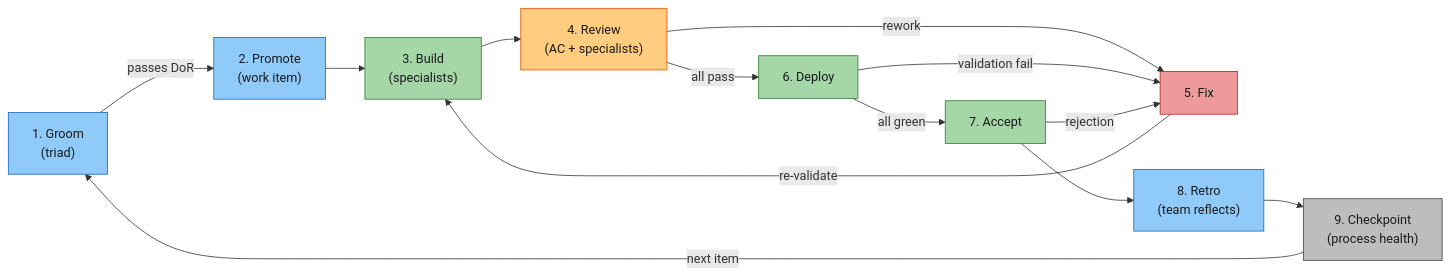
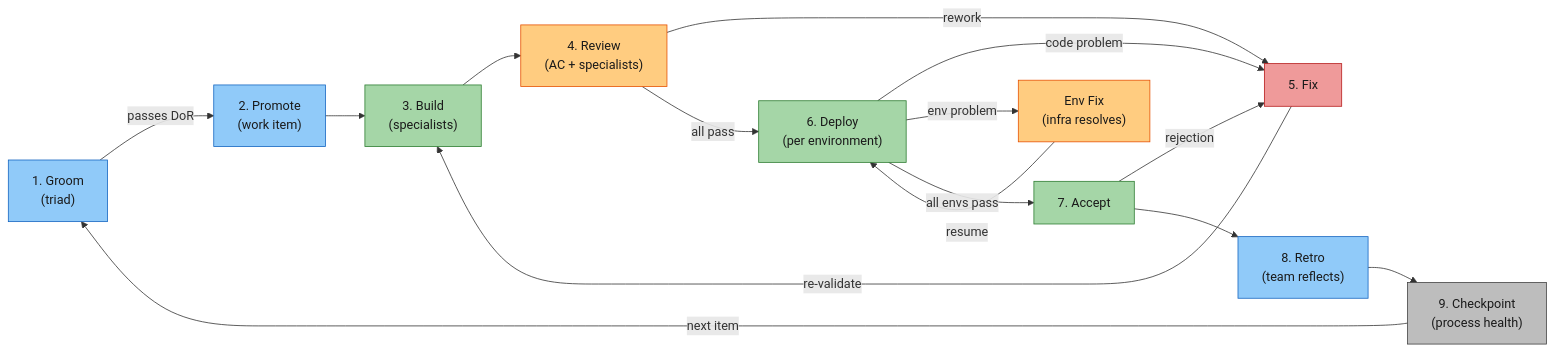
Before and after one commit to rdunie/venutian-antfarm: the sixth of 23 diagrams in docs/COLLABORATION-MODEL.md, drawn with Mermaid. The commit also changed 2 other files, not shown here.

Commit message:
feat: add per-environment deployment progression and two failure paths
Deploy is a per-environment loop through promotion_order, not a single
step. Two failure types: code problems go back through Fix→Build chain;
environment problems are resolved in place and deployment resumes.
Updated lifecycle table, diagrams, and acceptance failure section.

````diff
--- a/docs/COLLABORATION-MODEL.md
+++ b/docs/COLLABORATION-MODEL.md
@@ -213,25 +213,28 @@
 ```mermaid
 flowchart LR
     B["1. Groom\n(triad)"] -->|"passes DoR"| P["2. Promote\n(work item)"]
     P --> IP["3. Build\n(specialists)"]
     IP --> RV["4. Review\n(AC + specialists)"]
     RV -->|"rework"| FIX["5. Fix"]
     FIX -->|"re-validate"| IP
-    RV -->|"all pass"| DEP["6. Deploy"]
-    DEP -->|"validation fail"| FIX
-    DEP -->|"all green"| ACC["7. Accept"]
+    RV -->|"all pass"| DEP["6. Deploy\n(per environment)"]
+    DEP -->|"code problem"| FIX
+    DEP -->|"env problem"| ENVFIX["Env Fix\n(infra resolves)"]
+    ENVFIX -->|"resume"| DEP
+    DEP -->|"all envs pass"| ACC["7. Accept"]
     ACC -->|"rejection"| FIX
     ACC --> RET["8. Retro\n(team reflects)"]
     RET --> CHK["9. Checkpoint\n(process health)"]
     CHK -->|"next item"| B
 
     style B fill:#90caf9,stroke:#1565c0,color:#1a1a1a
     style P fill:#90caf9,stroke:#1565c0,color:#1a1a1a
     style IP fill:#a5d6a7,stroke:#2e7d32,color:#1a1a1a
     style RV fill:#ffcc80,stroke:#e65100,color:#1a1a1a
     style FIX fill:#ef9a9a,stroke:#b71c1c,color:#1a1a1a
+    style ENVFIX fill:#ffcc80,stroke:#e65100,color:#1a1a1a
     style DEP fill:#a5d6a7,stroke:#2e7d32,color:#1a1a1a
     style ACC fill:#a5d6a7,stroke:#2e7d32,color:#1a1a1a
     style RET fill:#90caf9,stroke:#1565c0,color:#1a1a1a
     style CHK fill:#bdbdbd,stroke:#424242,color:#1a1a1a
 ```
````
